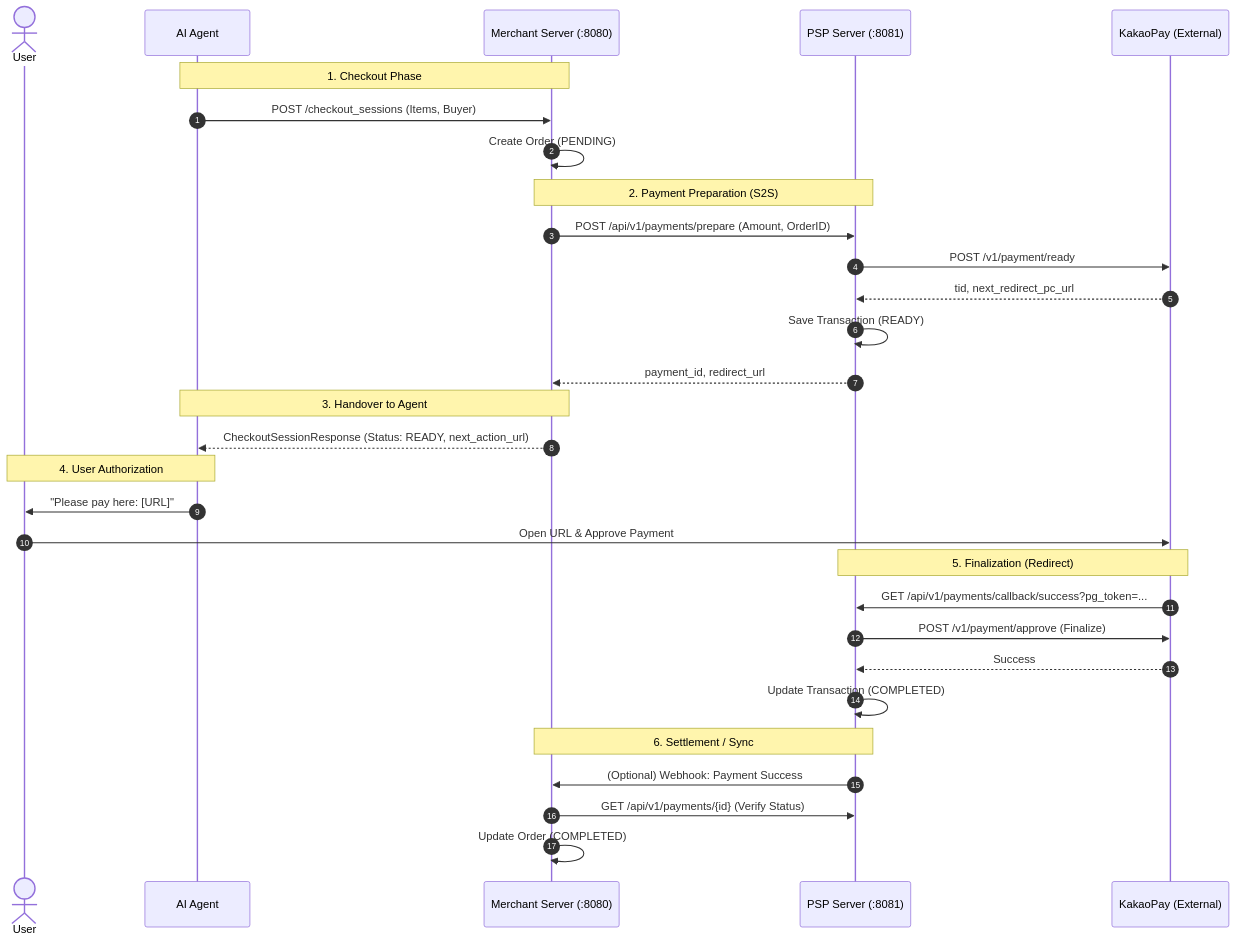
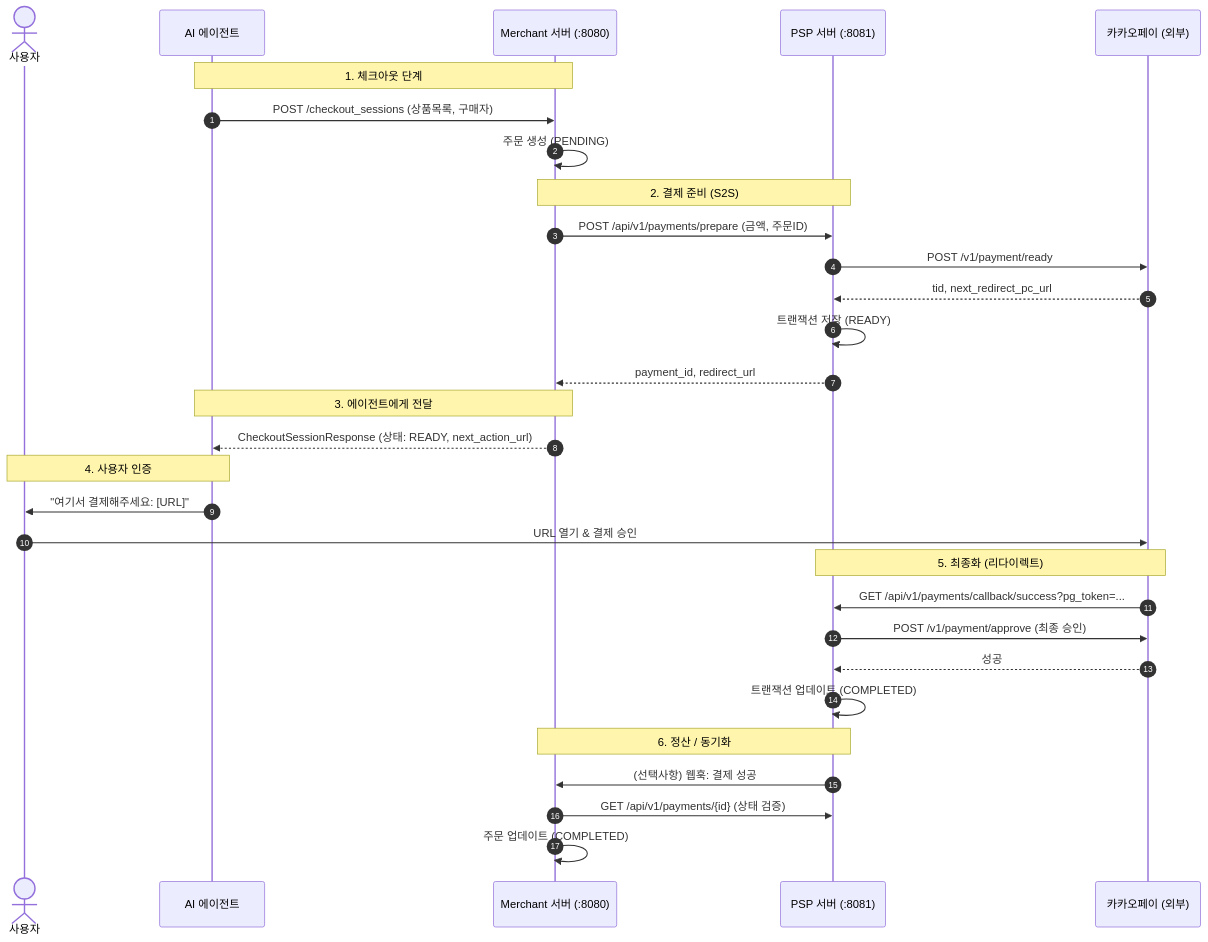
Before and after one commit to parkmh04-ship-it/acp: the diagram in docs/ARCHITECTURE.md, drawn with Mermaid. The commit also changed other lines of this file and 17 other files, not shown here.

Commit message:
feat: Merchant 상품 피드 및 PSP 결제 준비 API 구현

````diff
--- a/docs/ARCHITECTURE.md
+++ b/docs/ARCHITECTURE.md
@@ -19,38 +19,38 @@
 ```mermaid
 sequenceDiagram
     autonumber
-    actor User
-    participant Agent as AI Agent
-    participant Merchant as Merchant Server (:8080)
-    participant PSP as PSP Server (:8081)
-    participant KPay as KakaoPay (External)
+    actor User as 사용자
+    participant Agent as AI 에이전트
+    participant Merchant as Merchant 서버 (:8080)
+    participant PSP as PSP 서버 (:8081)
+    participant KPay as 카카오페이 (외부)
 
-    Note over Agent, Merchant: 1. Checkout Phase
-    Agent->>Merchant: POST /checkout_sessions (Items, Buyer)
-    Merchant->>Merchant: Create Order (PENDING)
+    Note over Agent, Merchant: 1. 체크아웃 단계
+    Agent->>Merchant: POST /checkout_sessions (상품목록, 구매자)
+    Merchant->>Merchant: 주문 생성 (PENDING)
     
-    Note over Merchant, PSP: 2. Payment Preparation (S2S)
-    Merchant->>PSP: POST /api/v1/payments/prepare (Amount, OrderID)
+    Note over Merchant, PSP: 2. 결제 준비 (S2S)
+    Merchant->>PSP: POST /api/v1/payments/prepare (금액, 주문ID)
     PSP->>KPay: POST /v1/payment/ready
     KPay-->>PSP: tid, next_redirect_pc_url
-    PSP->>PSP: Save Transaction (READY)
+    PSP->>PSP: 트랜잭션 저장 (READY)
     PSP-->>Merchant: payment_id, redirect_url
     
-    Note over Merchant, Agent: 3. Handover to Agent
-    Merchant-->>Agent: CheckoutSessionResponse (Status: READY, next_action_url)
+    Note over Merchant, Agent: 3. 에이전트에게 전달
+    Merchant-->>Agent: CheckoutSessionResponse (상태: READY, next_action_url)
     
-    Note over Agent, User: 4. User Authorization
-    Agent->>User: "Please pay here: [URL]"
-    User->>KPay: Open URL & Approve Payment
+    Note over Agent, User: 4. 사용자 인증
+    Agent->>User: "여기서 결제해주세요: [URL]"
+    User->>KPay: URL 열기 & 결제 승인
     
-    Note over KPay, PSP: 5. Finalization (Redirect)
+    Note over KPay, PSP: 5. 최종화 (리다이렉트)
     KPay->>PSP: GET /api/v1/payments/callback/success?pg_token=...
-    PSP->>KPay: POST /v1/payment/approve (Finalize)
-    KPay-->>PSP: Success
-    PSP->>PSP: Update Transaction (COMPLETED)
+    PSP->>KPay: POST /v1/payment/approve (최종 승인)
+    KPay-->>PSP: 성공
+    PSP->>PSP: 트랜잭션 업데이트 (COMPLETED)
     
-    Note over PSP, Merchant: 6. Settlement / Sync
-    PSP->>Merchant: (Optional) Webhook: Payment Success
-    Merchant->>PSP: GET /api/v1/payments/{id} (Verify Status)
-    Merchant->>Merchant: Update Order (COMPLETED)
+    Note over PSP, Merchant: 6. 정산 / 동기화
+    PSP->>Merchant: (선택사항) 웹훅: 결제 성공
+    Merchant->>PSP: GET /api/v1/payments/{id} (상태 검증)
+    Merchant->>Merchant: 주문 업데이트 (COMPLETED)
 ```
````
